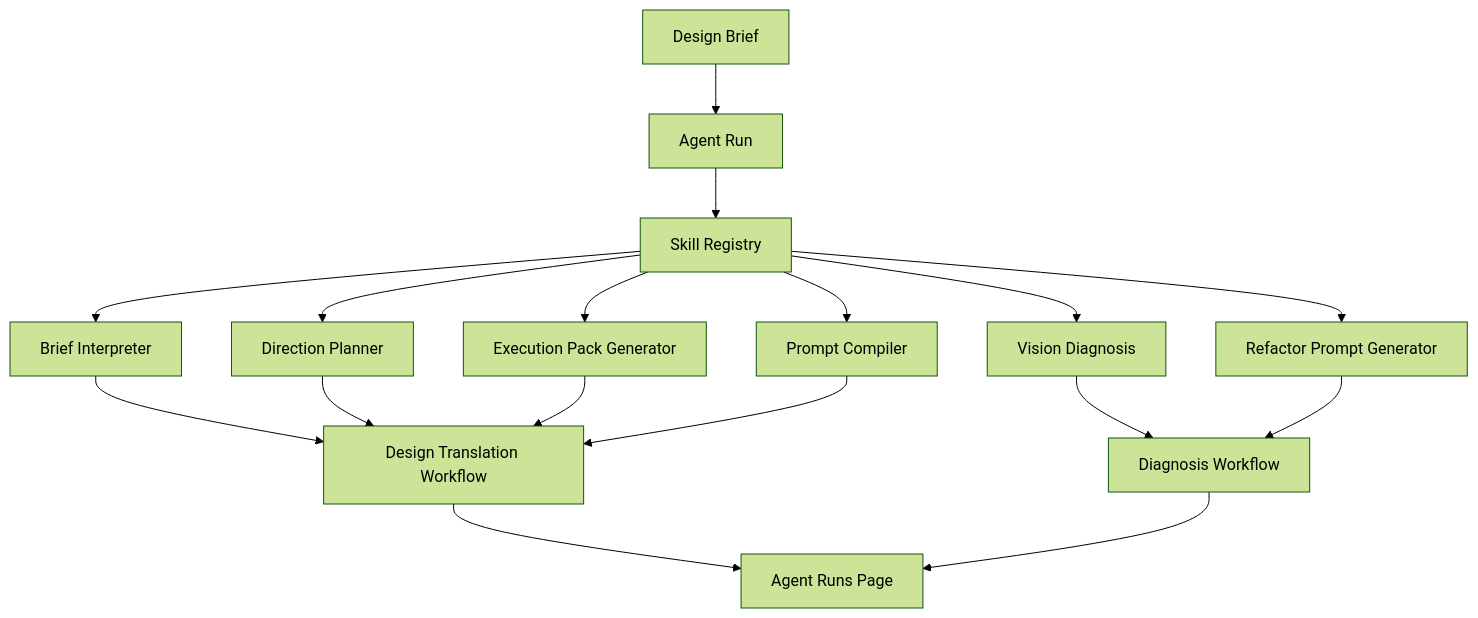
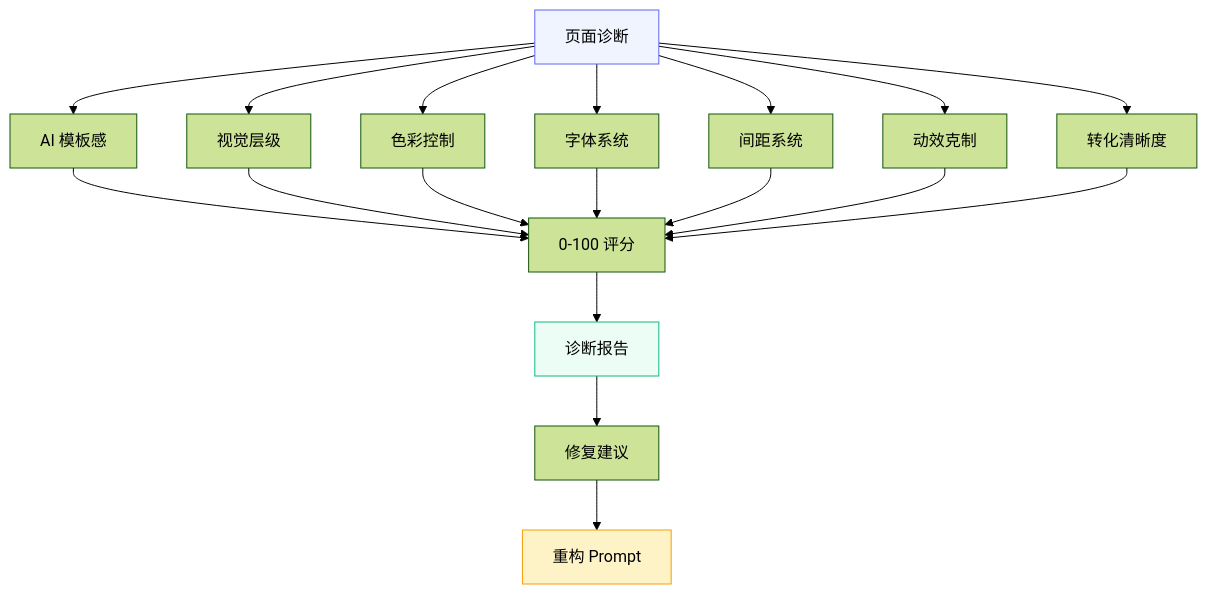
Diagram 14 of 17 in README.md (liuanye9-lab/vibe-design-translator), drawn with Mermaid (forest theme) before and after one commit. The commit also changed other lines of this file, not shown here.

````diff
--- a/README.md
+++ b/README.md
@@ -412,22 +379,26 @@
 ```mermaid
-flowchart TD
-    A[Design Brief] --> B[Agent Run]
-    B --> C[Skill Registry]
-    C --> D[Brief Interpreter]
-    C --> E[Direction Planner]
-    C --> F[Execution Pack Generator]
-    C --> G[Prompt Compiler]
-    C --> H[Vision Diagnosis]
-    C --> I[Refactor Prompt Generator]
-
-    D --> J[Design Translation Workflow]
-    E --> J
-    F --> J
-    G --> J
-
-    H --> K[Diagnosis Workflow]
-    I --> K
-
-    J --> L[Agent Runs Page]
-    K --> L
+graph TD
+    A["页面诊断"] --> B["AI 模板感"]
+    A --> C["视觉层级"]
+    A --> D["色彩控制"]
+    A --> E["字体系统"]
+    A --> F["间距系统"]
+    A --> G["动效克制"]
+    A --> H["转化清晰度"]
+    
+    B --> I["0-100 评分"]
+    C --> I
+    D --> I
+    E --> I
+    F --> I
+    G --> I
+    H --> I
+    
+    I --> J["诊断报告"]
+    J --> K["修复建议"]
+    K --> L["重构 Prompt"]
+    
+    style A fill:#f0f4ff,stroke:#6366f1
+    style J fill:#ecfdf5,stroke:#10b981
+    style L fill:#fef3c7,stroke:#f59e0b
 ```
````
